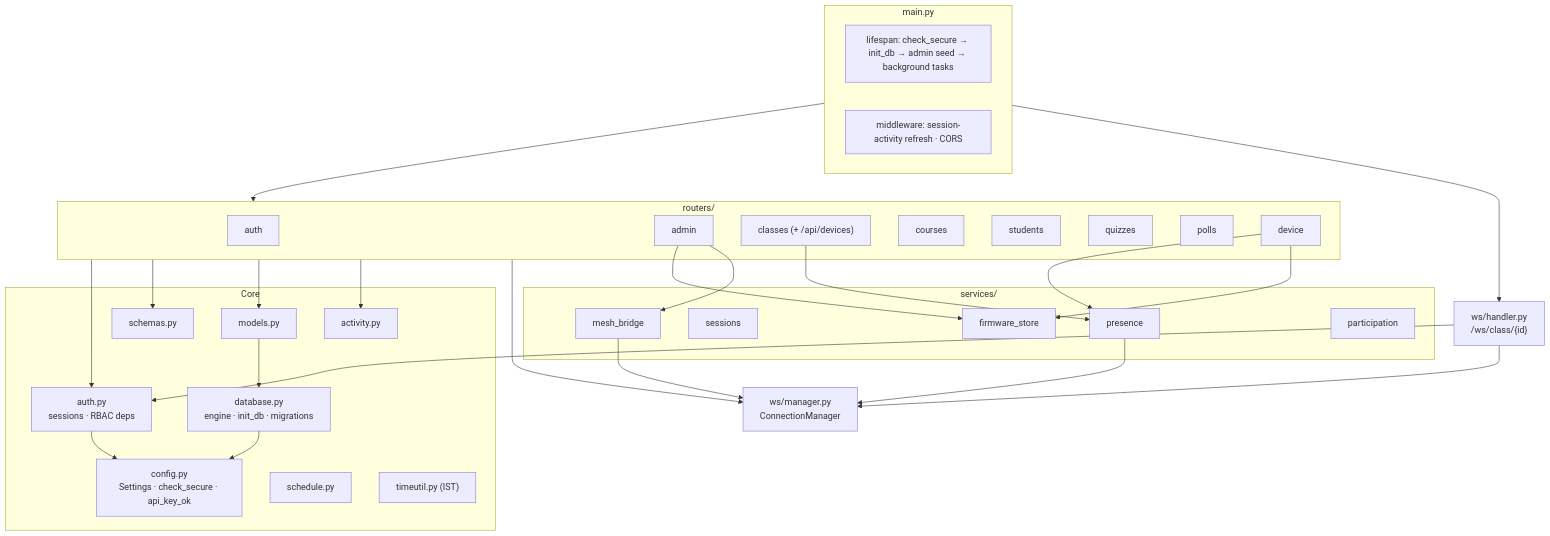
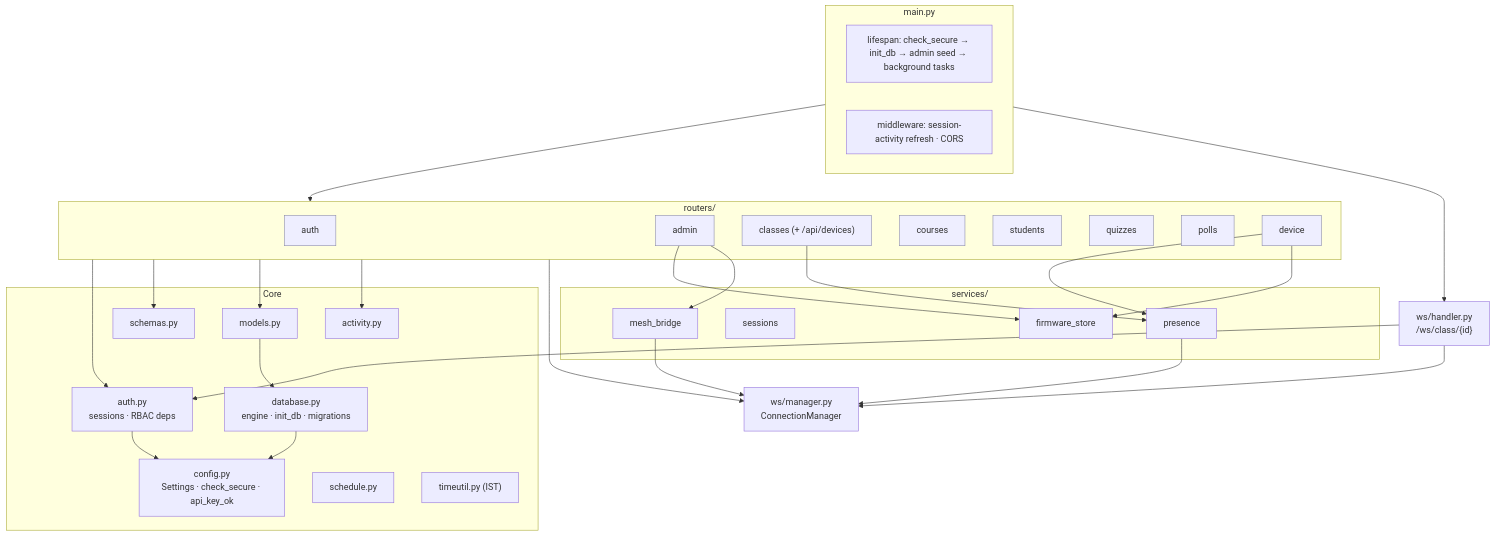
One commit to Kush-Kelaiya22/imPress changed the first of 3 diagrams in docs/architecture/backend.md. Above: the diagram before and after it, drawn with Mermaid. The commit also changed other lines of this file and 2 other files, not shown here.

Commit message:
refactor(backend): remove unused services/participation.py
Nothing imported it. Its broadcast_question read QuizQuestion.time_limit_s,
which does not exist, and built a quiz_question frame that disagreed with
the routers' real one (the device contract, decision D5).

Refs #77

````diff
--- a/docs/architecture/backend.md
+++ b/docs/architecture/backend.md
@@ -7,56 +7,55 @@
 ```mermaid
 flowchart TB
     subgraph Entry["main.py"]
         L["lifespan: check_secure → init_db → admin seed → background tasks"]
         MW["middleware: session-activity refresh · CORS"]
     end
     subgraph Routers["routers/"]
         RA["auth"]:::r
         RAD["admin"]:::r
         RC["classes (+ /api/devices)"]:::r
         RCO["courses"]:::r
         RS["students"]:::r
         RQ["quizzes"]:::r
         RP["polls"]:::r
         RD["device"]:::r
     end
     WS["ws/handler.py<br/>/ws/class/{id}"]
     MGR["ws/manager.py<br/>ConnectionManager"]
     subgraph Services["services/"]
         PRES["presence"]
         SESS["sessions"]
         FWS["firmware_store"]
         MB["mesh_bridge"]
-        PART["participation"]
     end
     subgraph Core
         AUTH["auth.py<br/>sessions · RBAC deps"]
         CFG["config.py<br/>Settings · check_secure · api_key_ok"]
         DBM["database.py<br/>engine · init_db · migrations"]
         MOD["models.py"]
         SCH["schemas.py"]
         SCHED["schedule.py"]
         TU["timeutil.py (IST)"]
         ACT["activity.py"]
     end
     Entry --> Routers
     Entry --> WS
     Routers --> AUTH
     Routers --> SCH
     Routers --> MOD
     Routers --> ACT
     Routers --> MGR
     RD --> PRES
     RC --> PRES
     RAD --> FWS
     RAD --> MB
     RD --> FWS
     WS --> MGR
     WS --> AUTH
     PRES --> MGR
     MB --> MGR
     MOD --> DBM
     AUTH --> CFG
     DBM --> CFG
     classDef r fill:#eef,stroke:#88a
 ```
````
